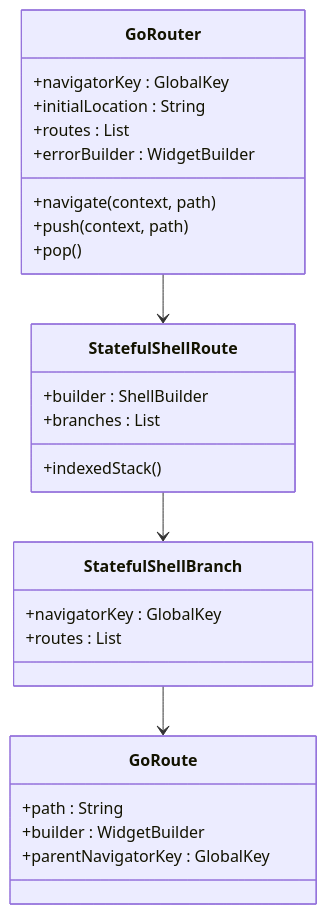
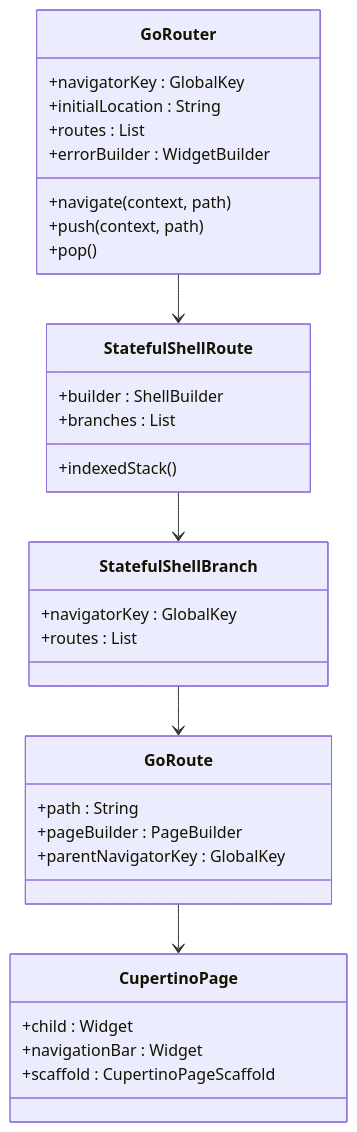
One commit to Ykworm/thktree changed the second of 14 diagrams in .qoder/repowiki/zh/content/架构设计/路由系统设计.md. Above: the diagram before and after it, drawn with Mermaid. The commit also changed other lines of this file and 39 other files, not shown here.

````diff
--- a/.qoder/repowiki/zh/content/架构设计/路由系统设计.md
+++ b/.qoder/repowiki/zh/content/架构设计/路由系统设计.md
@@ -85,29 +106,35 @@
 ```mermaid
 classDiagram
 class GoRouter {
 +navigatorKey : GlobalKey
 +initialLocation : String
 +routes : List<RouteBase>
 +errorBuilder : WidgetBuilder
 +navigate(context, path)
 +push(context, path)
 +pop()
 }
 class StatefulShellRoute {
 +builder : ShellBuilder
 +branches : List<StatefulShellBranch>
 +indexedStack()
 }
 class StatefulShellBranch {
 +navigatorKey : GlobalKey
 +routes : List<GoRoute>
 }
 class GoRoute {
 +path : String
-+builder : WidgetBuilder
++pageBuilder : PageBuilder
 +parentNavigatorKey : GlobalKey
+}
+class CupertinoPage {
++child : Widget
++navigationBar : Widget
++scaffold : CupertinoPageScaffold
 }
 GoRouter --> StatefulShellRoute
 StatefulShellRoute --> StatefulShellBranch
 StatefulShellBranch --> GoRoute
+GoRoute --> CupertinoPage
 ```
````
